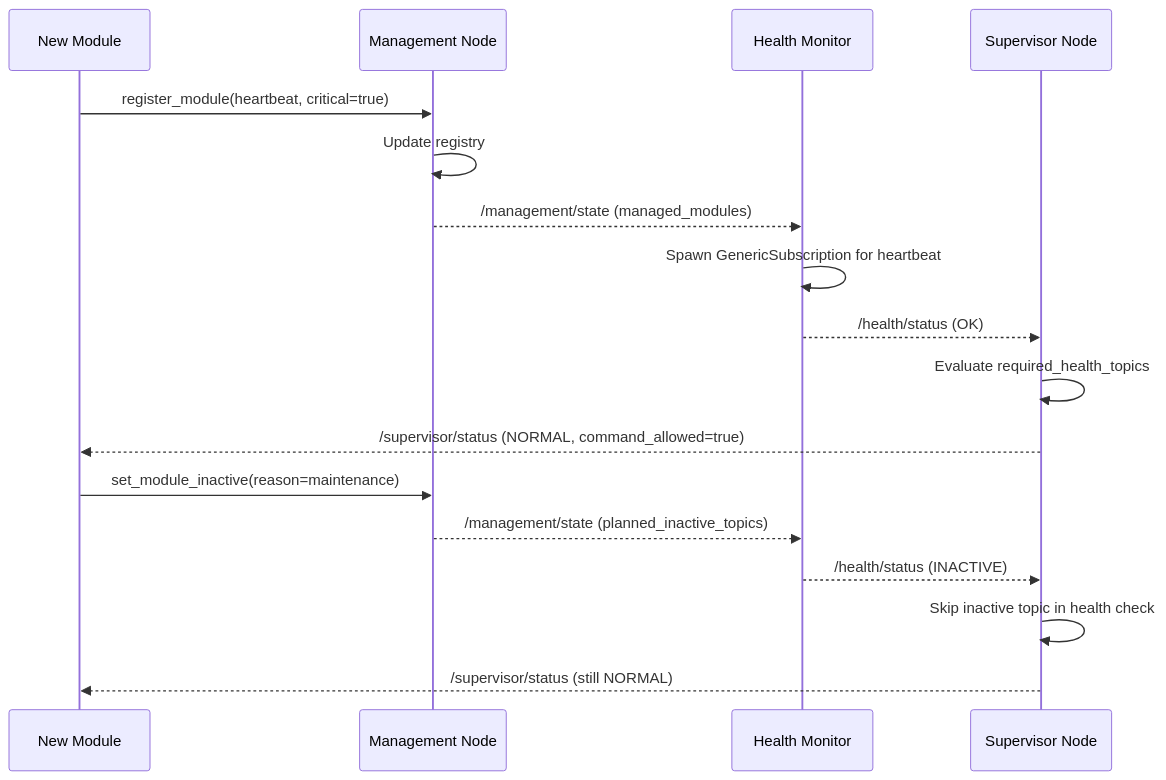
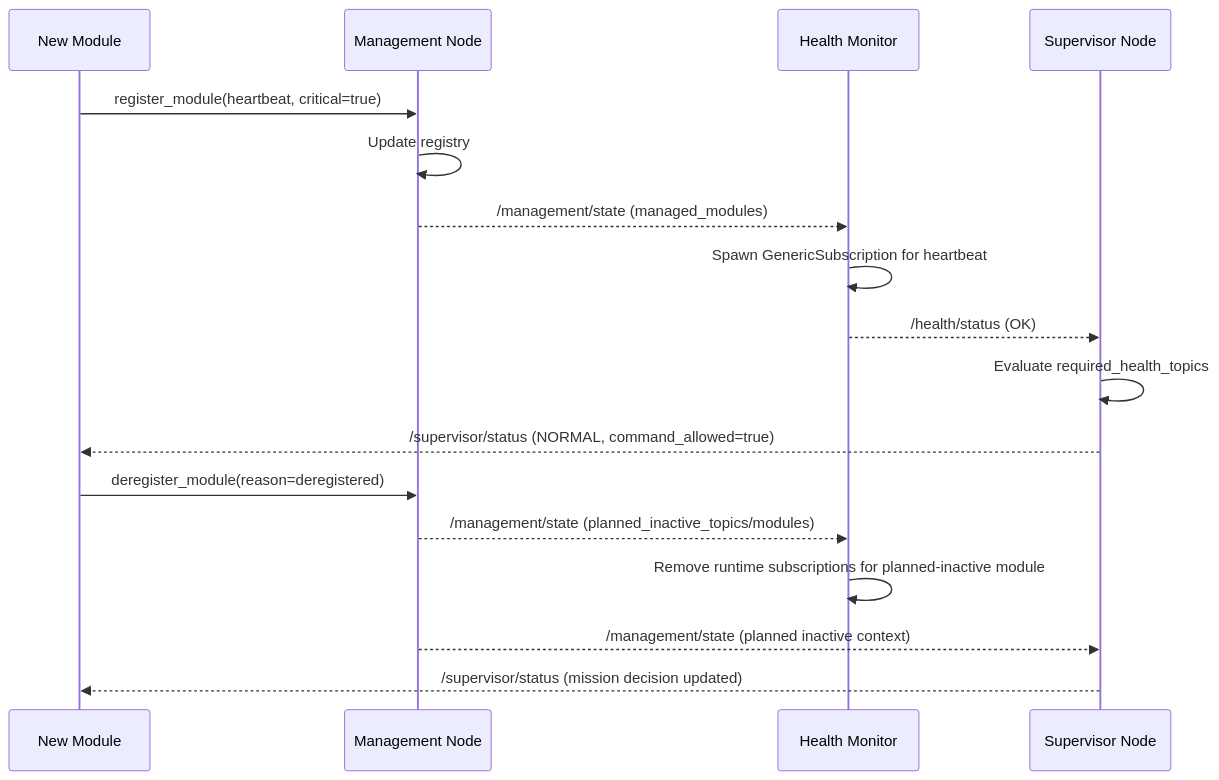
The second of 5 diagrams in src/drone_health_core/README.md (NILAMATHI1999/drone-health-modular-framework), drawn with Mermaid before and after one commit. The commit also changed other lines of this file and 10 other files, not shown here.

````diff
--- a/src/drone_health_core/README.md
+++ b/src/drone_health_core/README.md
@@ -61,21 +61,21 @@
 ```mermaid
 sequenceDiagram
     participant Mod as New Module
     participant Mgmt as Management Node
     participant HM as Health Monitor
     participant Sup as Supervisor Node
 
     Mod->>Mgmt: register_module(heartbeat, critical=true)
     Mgmt->>Mgmt: Update registry
     Mgmt-->>HM: /management/state (managed_modules)
     HM->>HM: Spawn GenericSubscription for heartbeat
     HM-->>Sup: /health/status (OK)
     Sup->>Sup: Evaluate required_health_topics
     Sup-->>Mod: /supervisor/status (NORMAL, command_allowed=true)
 
-    Mod->>Mgmt: set_module_inactive(reason=maintenance)
-    Mgmt-->>HM: /management/state (planned_inactive_topics)
-    HM-->>Sup: /health/status (INACTIVE)
-    Sup->>Sup: Skip inactive topic in health check
-    Sup-->>Mod: /supervisor/status (still NORMAL)
+    Mod->>Mgmt: deregister_module(reason=deregistered)
+    Mgmt-->>HM: /management/state (planned_inactive_topics/modules)
+    HM->>HM: Remove runtime subscriptions for planned-inactive module
+    Mgmt-->>Sup: /management/state (planned inactive context)
+    Sup-->>Mod: /supervisor/status (mission decision updated)
 ```
````
